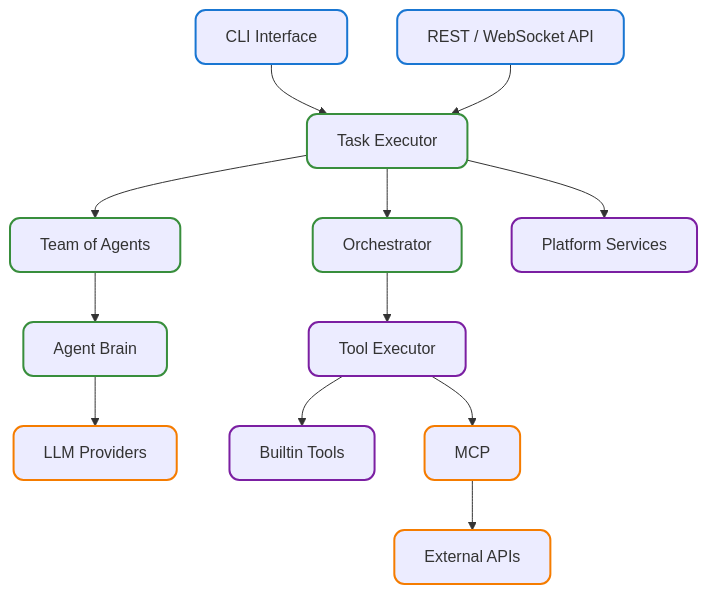
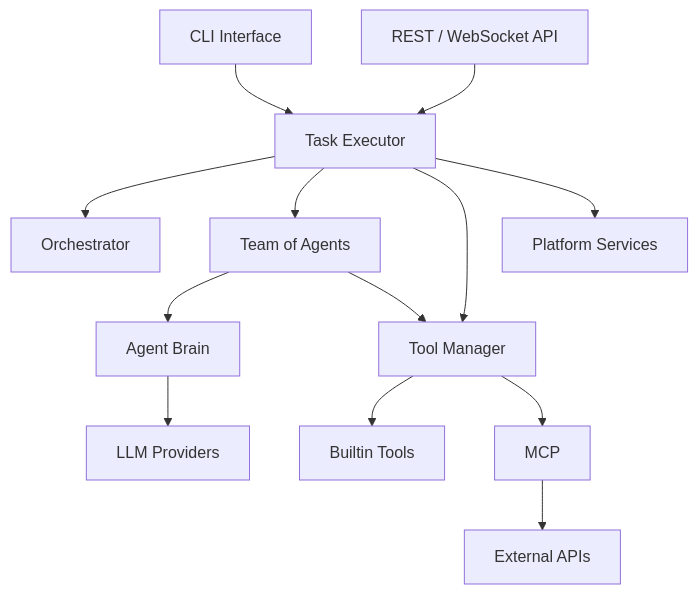
Before and after one commit to dustland/roboco: the first of 4 diagrams in docs/content/docs/design/overview.mdx, drawn with Mermaid. The commit also changed other lines of this file and 4 other files, not shown here.

````diff
--- a/docs/content/docs/design/overview.mdx
+++ b/docs/content/docs/design/overview.mdx
@@ -27,48 +27,28 @@
 ```mermaid
 graph TD
-    %% Client Layer
-    CLI[CLI Interface]
-    API[REST / WebSocket API]
+    CLI["CLI Interface"]
+    API["REST / WebSocket API"]
+    TE["Task Executor"]
+    ORCH["Orchestrator"]
+    AGENTS["Team of Agents"]
+    BRAIN["Agent Brain"]
+    TM["Tool Manager"]
+    PLAT["Platform Services"]
+    LLM["LLM Providers"]
+    TOOLS["Builtin Tools"]
+    API_EXT["External APIs"]
+    MCP["MCP"]
 
-    %% AgentX Core
-    TE[Task Executor]
-    ORCH[Orchestrator]
-    AGENTS[Team of Agents]
-    BRAIN[Agent Brain]
-    TOOL_EXEC[Tool Executor]
-    PLAT[Platform Services]
-
-    LLM[LLM Providers]
-    TOOLS[Builtin Tools]
-    API_EXT[External APIs]
-    MCP[MCP]
-
-    %% Vertical flow connections
     CLI --> TE
     API --> TE
-
     TE --> ORCH
     TE --> AGENTS
+    TE --> TM
     AGENTS --> BRAIN
+    AGENTS --> TM
     BRAIN --> LLM
-
-    ORCH --> TOOL_EXEC
-    TOOL_EXEC --> TOOLS
-    TOOL_EXEC --> MCP
+    TM --> TOOLS
+    TM --> MCP
     MCP --> API_EXT
-
     TE --> PLAT
-
-    %% Styling for rounded corners
-    classDef default stroke:#333,stroke-width:2px,rx:10,ry:10
-    classDef client stroke:#1976d2,stroke-width:2px,rx:10,ry:10
-    classDef core stroke:#388e3c,stroke-width:2px,rx:10,ry:10
-    classDef external stroke:#f57c00,stroke-width:2px,rx:10,ry:10
-    classDef platform stroke:#7b1fa2,stroke-width:2px,rx:10,ry:10
-
-    %% Apply styles to specific nodes
-    class CLI,API client
-    class TE,ORCH,AGENTS,BRAIN core
-    class LLM,API_EXT,MCP external
-    class TOOL_EXEC,TOOLS,PLAT platform
 ```
````
